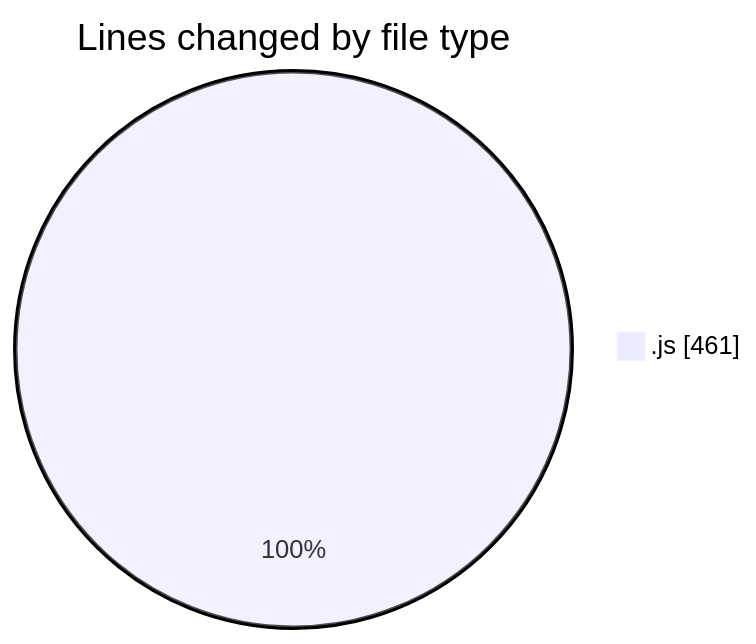
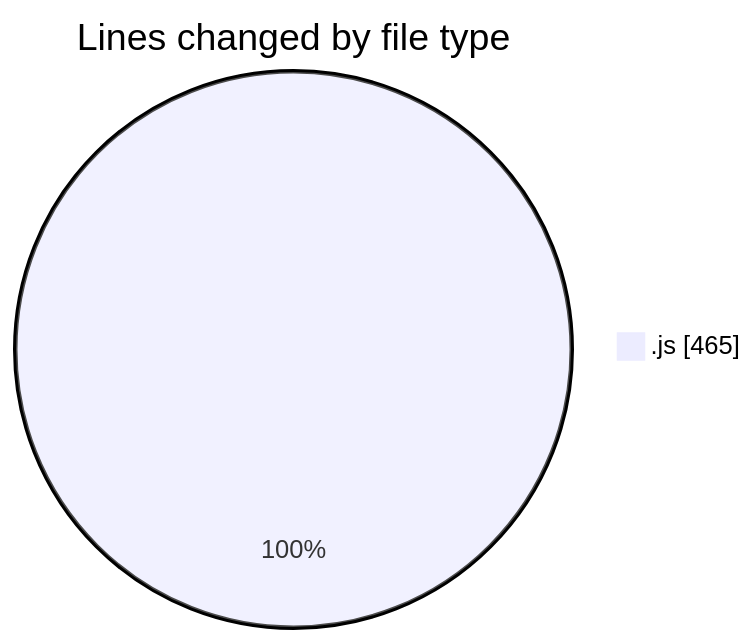
The first of 2 diagrams in 2025-02-03/cda/README.md (momahboobian/code-tracking), drawn with Mermaid before and after one commit. The commit also changed other lines of this file and 1 other file, not shown here.

````diff
--- a/2025-02-03/cda/README.md
+++ b/2025-02-03/cda/README.md
@@ -23,5 +23,5 @@
 ```mermaid
 pie showData
 title Lines changed by file type
-".js" : 461
+".js" : 465
 ```
````
